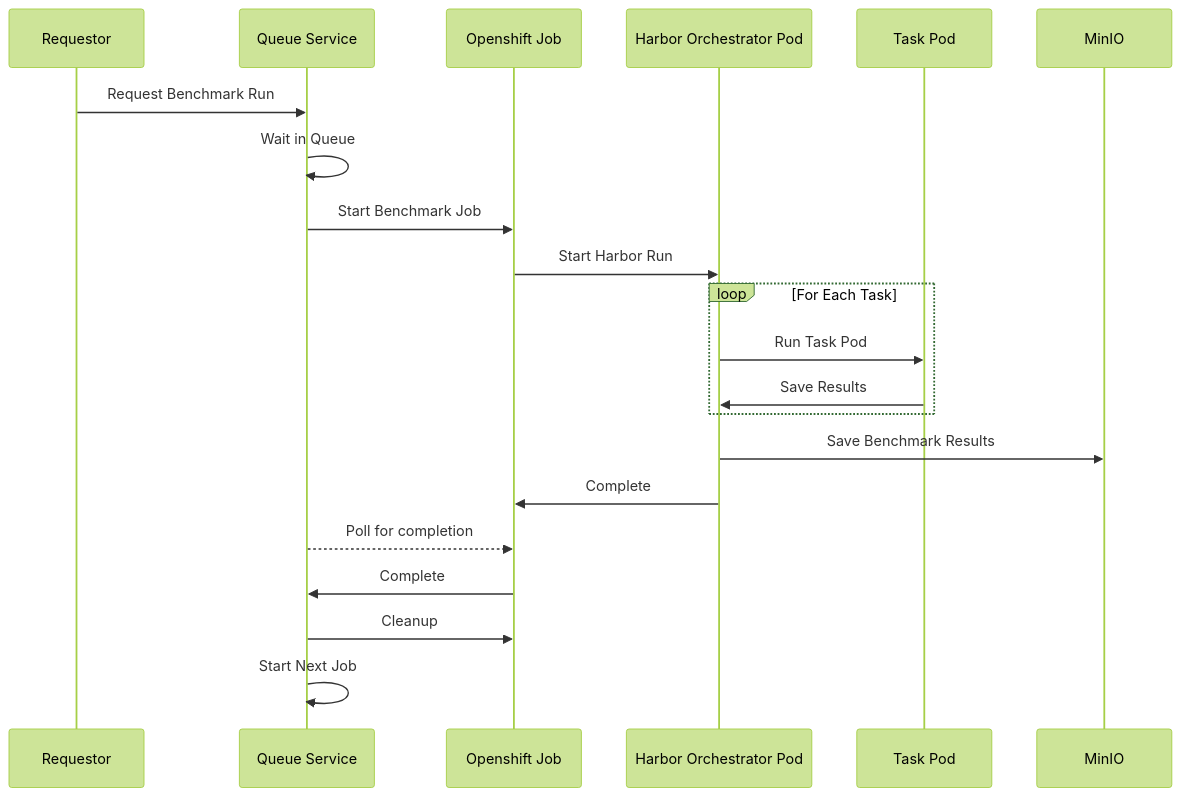
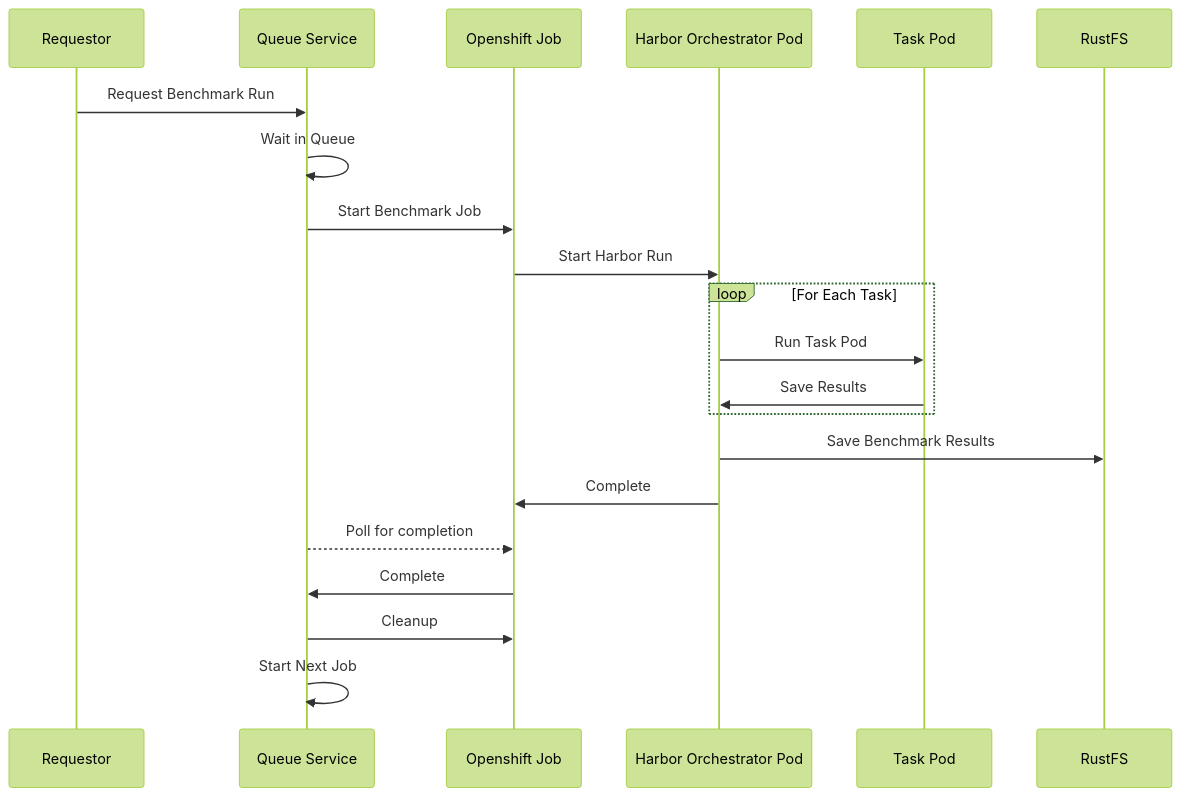
Before and after one commit to DanielBlei/coding_agent_bench: the diagram in README.md, drawn with Mermaid (forest theme). The commit also changed other lines of this file and 21 other files, not shown here.

Commit message:
✨ Migrate from MinIO to RustFS

````diff
--- a/README.md
+++ b/README.md
@@ -191,17 +191,17 @@
 ```mermaid
 sequenceDiagram
     Requestor->>Queue Service: Request Benchmark Run
     Queue Service->>Queue Service: Wait in Queue
     Queue Service->>Openshift Job: Start Benchmark Job
     Openshift Job->>Harbor Orchestrator Pod: Start Harbor Run
     loop For Each Task
         Harbor Orchestrator Pod->>Task Pod: Run Task Pod
         Task Pod->>Harbor Orchestrator Pod: Save Results
     end
-    Harbor Orchestrator Pod->>MinIO: Save Benchmark Results
+    Harbor Orchestrator Pod->>RustFS: Save Benchmark Results
     Harbor Orchestrator Pod->>Openshift Job: Complete
     Queue Service-->>Openshift Job: Poll for completion
     Openshift Job->>Queue Service: Complete
     Queue Service->>Openshift Job: Cleanup
     Queue Service->>Queue Service: Start Next Job
 ```
````
